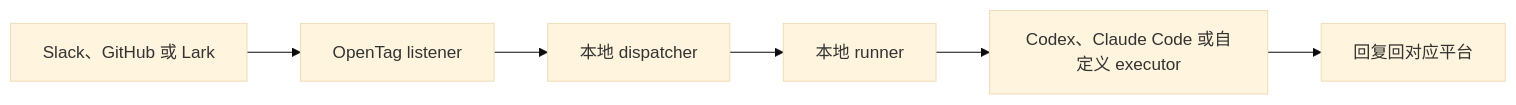
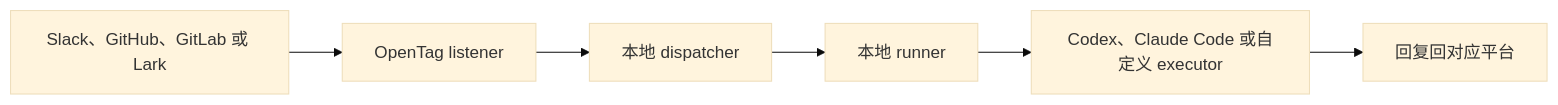
The diagram in README.zh-CN.md (amplifthq/opentag), drawn with Mermaid (base theme) before and after one commit. The commit also changed other lines of this file and 4 other files, not shown here.

First line of the commit message:
Align setup docs with GitLab support

````diff
--- a/README.zh-CN.md
+++ b/README.zh-CN.md
@@ -179,8 +206,8 @@
 ```mermaid
 flowchart LR
-    A["Slack、GitHub 或 Lark"] --> B["OpenTag listener"]
+    A["Slack、GitHub、GitLab 或 Lark"] --> B["OpenTag listener"]
     B --> C["本地 dispatcher"]
     C --> D["本地 runner"]
     D --> E["Codex、Claude Code 或自定义 executor"]
     E --> F["回复回对应平台"]
 ```
````
